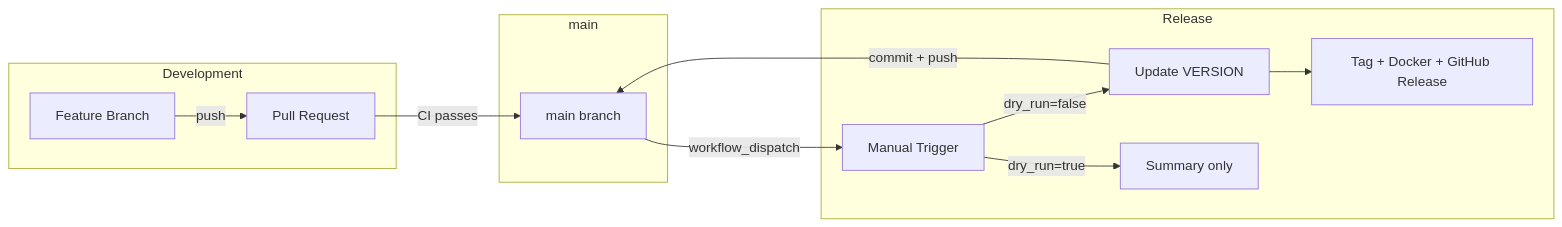
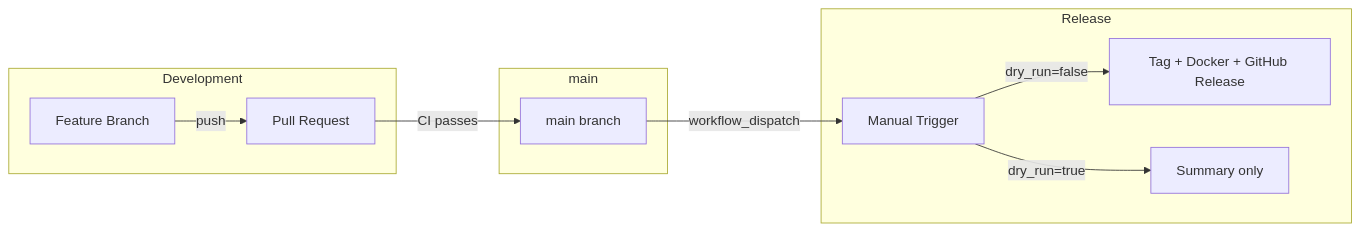
Before and after one commit to paolino/whisper-server: the first of 3 diagrams in docs/ci-cd.md, drawn with Mermaid. The commit also changed other lines of this file and 1 other file, not shown here.

Commit message:
fix: remove VERSION commit from release workflow
Branch protection requires changes via PR, so we can't commit VERSION
directly to main during release. Instead, set VERSION locally just for
the docker build. The version comes from the workflow input.

Update docs diagram to reflect this simpler flow.

````diff
--- a/docs/ci-cd.md
+++ b/docs/ci-cd.md
@@ -7,26 +7,23 @@
 ```mermaid
 graph LR
     subgraph Development
         FB[Feature Branch]
         PR[Pull Request]
     end
 
     subgraph main
         M[main branch]
     end
 
     subgraph Release
         R[Manual Trigger]
-        V[Update VERSION]
         D[Tag + Docker + GitHub Release]
         S[Summary only]
     end
 
     FB -->|push| PR
     PR -->|CI passes| M
     M -->|workflow_dispatch| R
-    R -->|dry_run=false| V
+    R -->|dry_run=false| D
     R -->|dry_run=true| S
-    V -->|commit + push| M
-    V --> D
 ```
````
